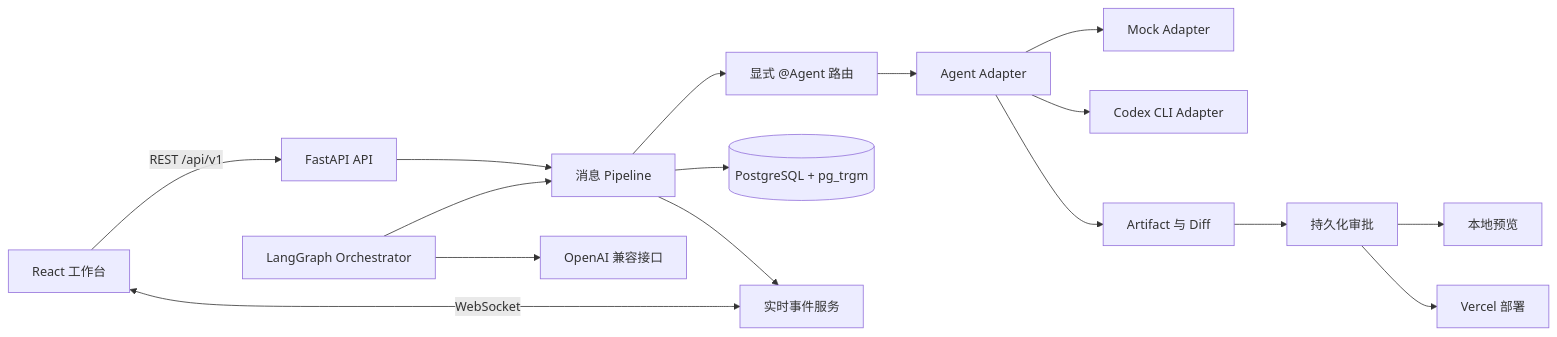
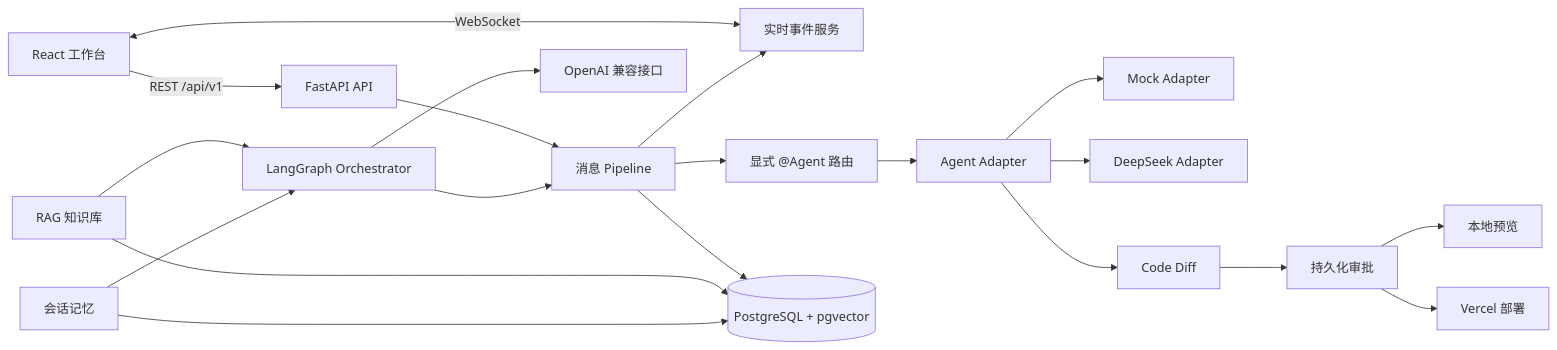
One commit to Yangyang995/AgentHub changed the diagram in DEVELOPMENT_PLAN.md. Above: the diagram before and after it, drawn with Mermaid. The commit also changed other lines of this file and 29 other files, not shown here.

First line of the commit message:
单聊完善：仅保留 DeepSeek，移除 Claude Code 和 Codex CLI

````diff
--- a/DEVELOPMENT_PLAN.md
+++ b/DEVELOPMENT_PLAN.md
@@ -32,18 +36,23 @@
 ```mermaid
 flowchart LR
-    UI["React 工作台"] -->|"REST /api/v1"| API["FastAPI API"]
+    UI["React 工作台"]
+    UI -->|"REST /api/v1"| API["FastAPI API"]
     UI <-->|"WebSocket"| WS["实时事件服务"]
     API --> PIPE["消息 Pipeline"]
     PIPE --> ROUTE["显式 @Agent 路由"]
     ROUTE --> ADAPTER["Agent Adapter"]
     ADAPTER --> MOCK["Mock Adapter"]
-    ADAPTER --> CODEX["Codex CLI Adapter"]
-    PIPE --> DB[("PostgreSQL + pg_trgm")]
+    ADAPTER --> DEEPSEEK["DeepSeek Adapter"]
+    PIPE --> DB[("PostgreSQL + pgvector")]
     PIPE --> WS
-    ADAPTER --> ART["Artifact 与 Diff"]
+    ADAPTER --> ART["Code Diff"]
     ART --> APPROVAL["持久化审批"]
     APPROVAL --> PREVIEW["本地预览"]
     APPROVAL --> DEPLOY["Vercel 部署"]
     ORCH["LangGraph Orchestrator"] --> PIPE
     ORCH --> LLM["OpenAI 兼容接口"]
+    RAG["RAG 知识库"] --> ORCH
+    RAG --> DB
+    MEM["会话记忆"] --> ORCH
+    MEM --> DB
 ```
````
